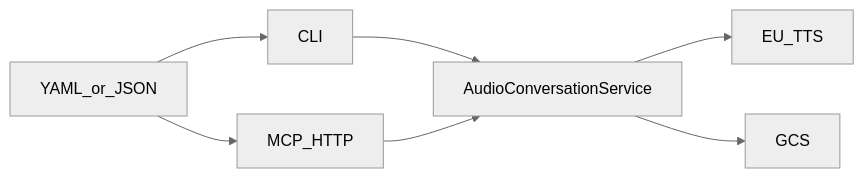
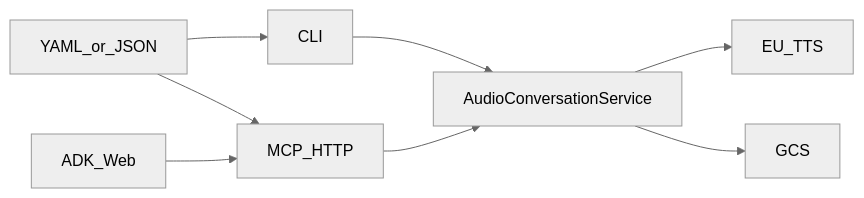
Before and after one commit to se02035/agentic-audio-conversations: the diagram in AGENTS.md, drawn with Mermaid (neutral theme). The commit also changed other lines of this file and 57 other files, not shown here.

````diff
--- a/AGENTS.md
+++ b/AGENTS.md
@@ -27,15 +28,17 @@
 ```mermaid
 flowchart LR
   script[YAML_or_JSON]
   svc[AudioConversationService]
   cli[CLI]
   mcp[MCP_HTTP]
+  adk[ADK_Web]
   tts[EU_TTS]
   gcs[GCS]
   script --> cli
   script --> mcp
+  adk --> mcp
   cli --> svc
   mcp --> svc
   svc --> tts
   svc --> gcs
 ```
````
